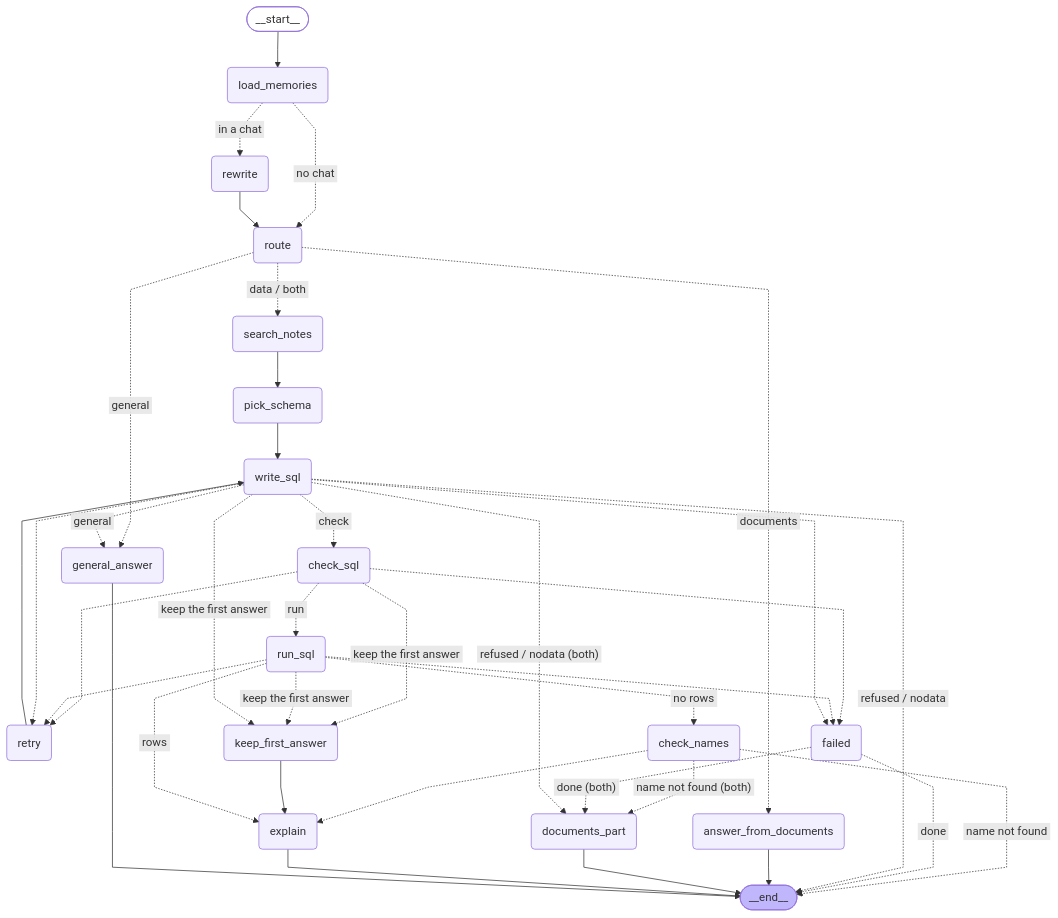
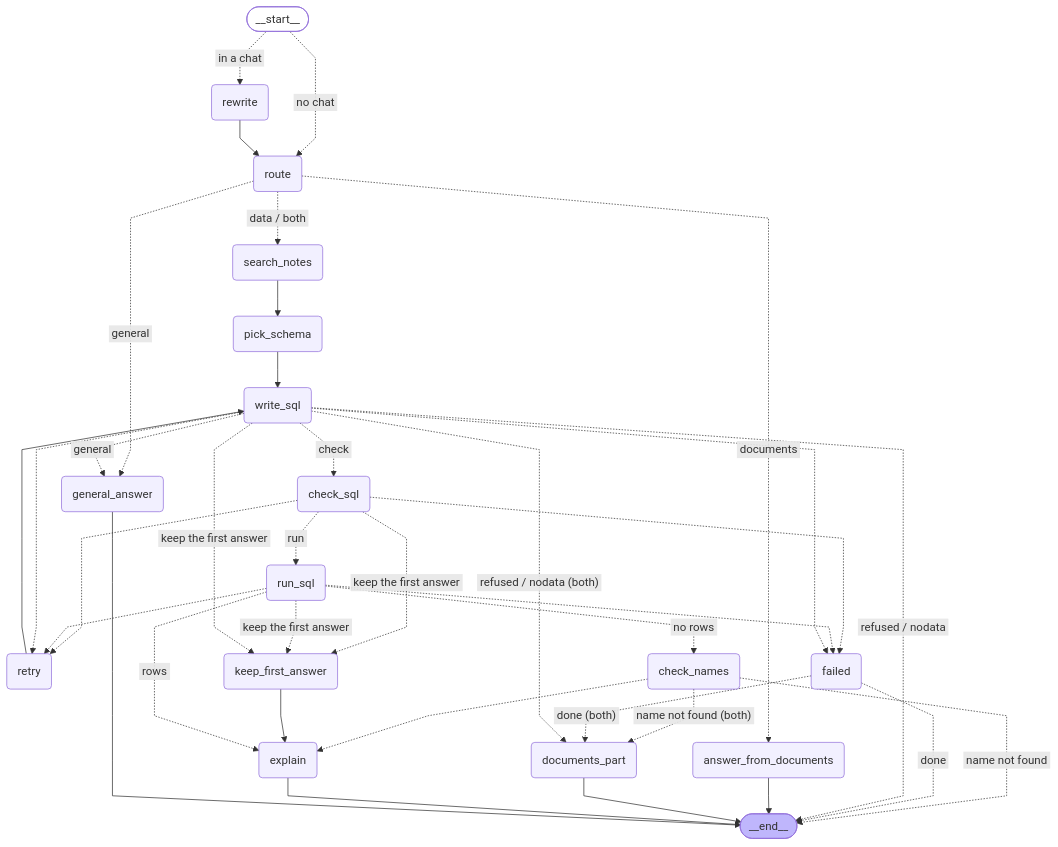
Before and after one commit to vishnu44-sketch/manufacturing-intelligence: the diagram in design/langgraph_flow.mmd, drawn with Mermaid. The commit also changed 48 other files, not shown here.

First line of the commit message:
The Memory feature is removed; true ML definitions and "the chart below" in the answers; new diagrams and a project guide

```diff
--- a/design/langgraph_flow.mmd
+++ b/design/langgraph_flow.mmd
@@ -1,63 +1,61 @@
 ---
 config:
   flowchart:
     curve: linear
 ---
 graph TD;
 	__start__([<p>__start__</p>]):::first
-	load_memories(load_memories)
 	rewrite(rewrite)
 	route(route)
 	answer_from_documents(answer_from_documents)
 	search_notes(search_notes)
 	pick_schema(pick_schema)
 	write_sql(write_sql)
 	check_sql(check_sql)
 	run_sql(run_sql)
 	retry(retry)
 	failed(failed)
 	keep_first_answer(keep_first_answer)
 	check_names(check_names)
 	explain(explain)
 	documents_part(documents_part)
 	general_answer(general_answer)
 	__end__([<p>__end__</p>]):::last
-	__start__ --> load_memories;
+	__start__ -. &nbsp;in a chat&nbsp; .-> rewrite;
+	__start__ -. &nbsp;no chat&nbsp; .-> route;
 	check_names -. &nbsp;name not found&nbsp; .-> __end__;
 	check_names -. &nbsp;name not found (both)&nbsp; .-> documents_part;
 	check_names -.-> explain;
 	check_sql -.-> failed;
 	check_sql -. &nbsp;keep the first answer&nbsp; .-> keep_first_answer;
 	check_sql -.-> retry;
 	check_sql -. &nbsp;run&nbsp; .-> run_sql;
 	failed -. &nbsp;done&nbsp; .-> __end__;
 	failed -. &nbsp;done (both)&nbsp; .-> documents_part;
 	keep_first_answer --> explain;
-	load_memories -. &nbsp;in a chat&nbsp; .-> rewrite;
-	load_memories -. &nbsp;no chat&nbsp; .-> route;
 	pick_schema --> write_sql;
 	retry --> write_sql;
 	rewrite --> route;
 	route -. &nbsp;documents&nbsp; .-> answer_from_documents;
 	route -. &nbsp;general&nbsp; .-> general_answer;
 	route -. &nbsp;data / both&nbsp; .-> search_notes;
 	run_sql -. &nbsp;no rows&nbsp; .-> check_names;
 	run_sql -. &nbsp;rows&nbsp; .-> explain;
 	run_sql -.-> failed;
 	run_sql -. &nbsp;keep the first answer&nbsp; .-> keep_first_answer;
 	run_sql -.-> retry;
 	search_notes --> pick_schema;
 	write_sql -. &nbsp;refused / nodata&nbsp; .-> __end__;
 	write_sql -. &nbsp;check&nbsp; .-> check_sql;
 	write_sql -. &nbsp;refused / nodata (both)&nbsp; .-> documents_part;
 	write_sql -.-> failed;
 	write_sql -. &nbsp;general&nbsp; .-> general_answer;
 	write_sql -. &nbsp;keep the first answer&nbsp; .-> keep_first_answer;
 	write_sql -.-> retry;
 	answer_from_documents --> __end__;
 	documents_part --> __end__;
 	explain --> __end__;
 	general_answer --> __end__;
 	classDef default fill:#f2f0ff,line-height:1.2
 	classDef first fill-opacity:0
 	classDef last fill:#bfb6fc
```
